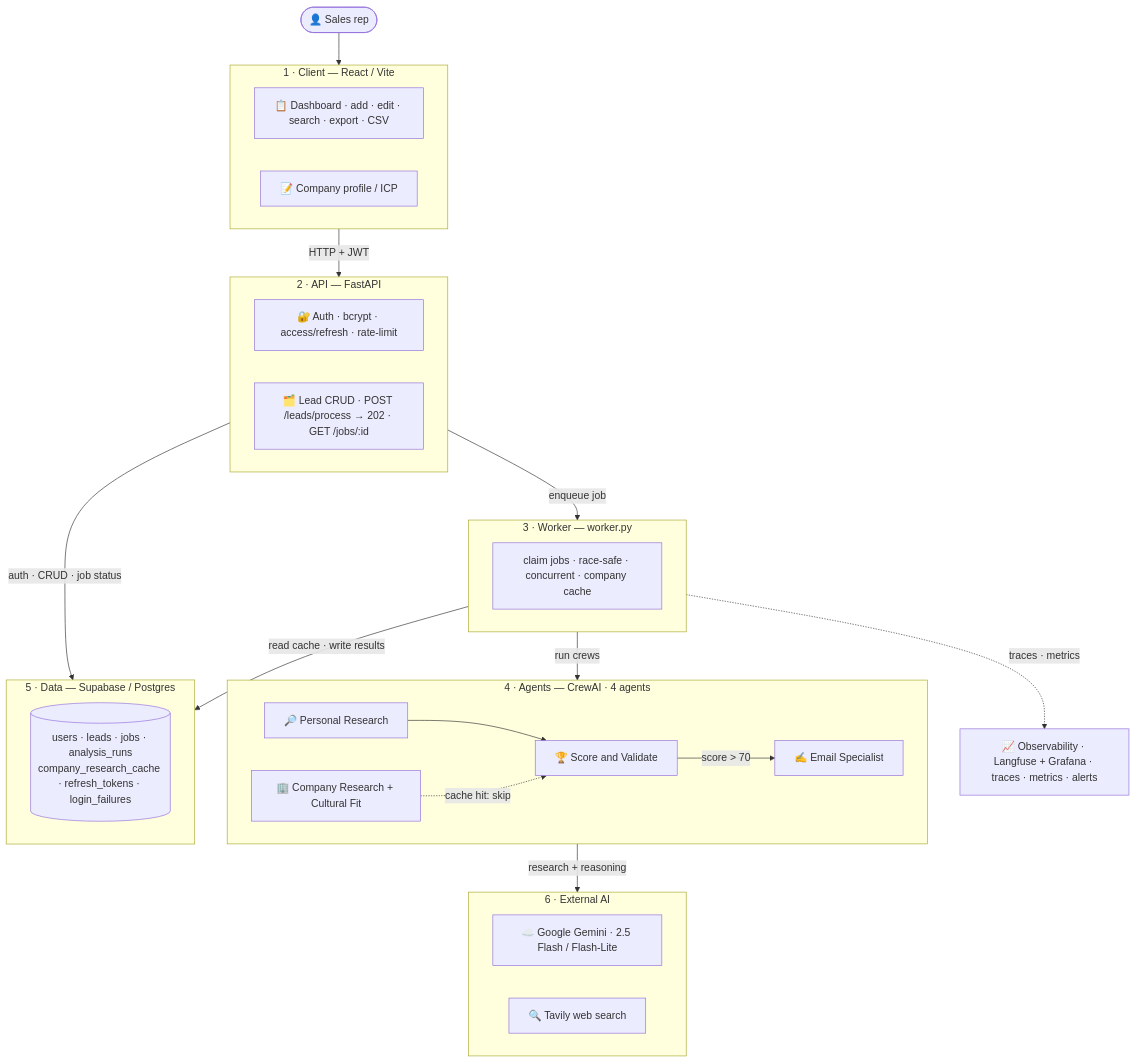
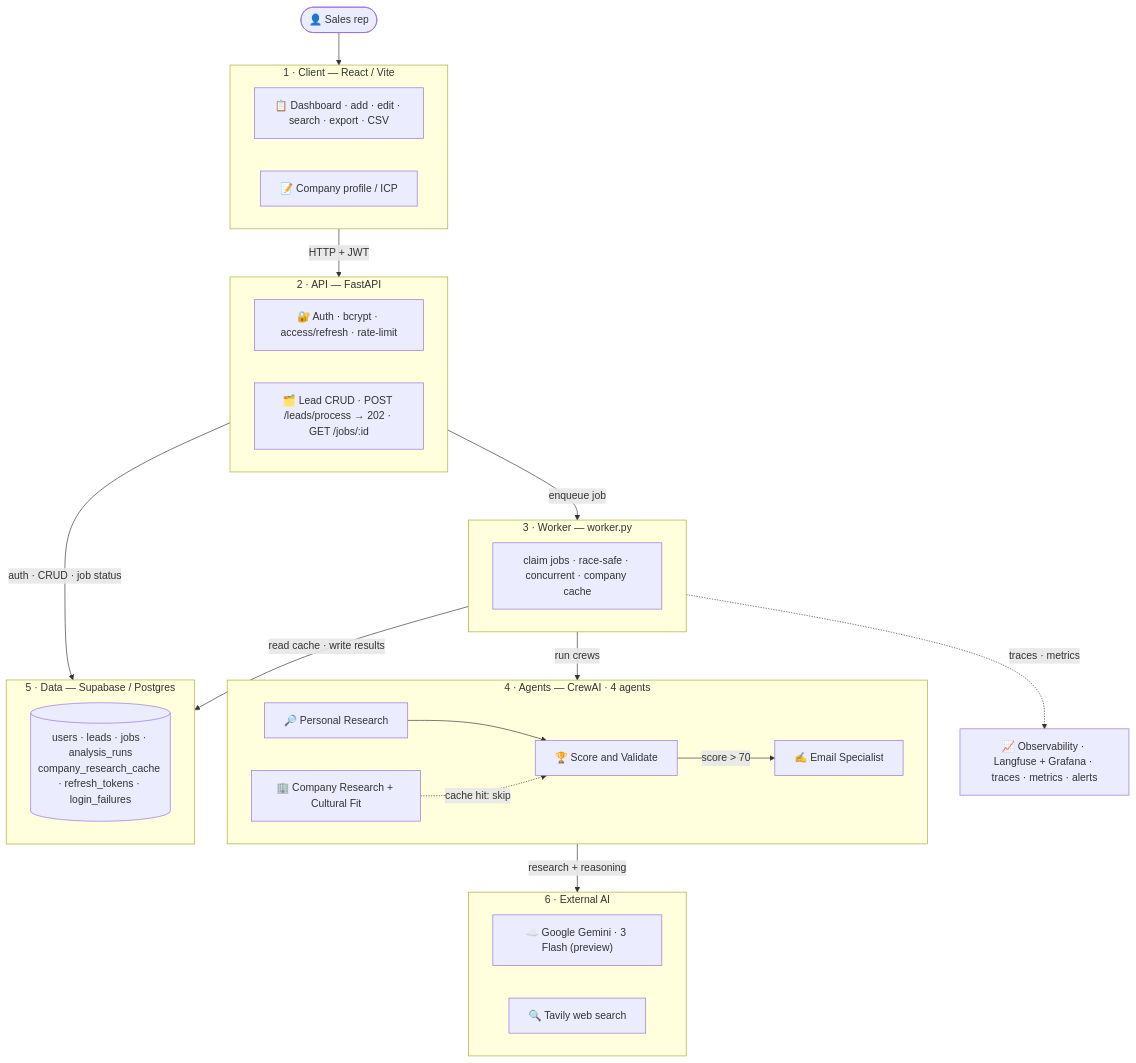
The diagram in README.md (VIVPM/multi-crew-leads-dashboard), drawn with Mermaid before and after one commit. The commit also changed other lines of this file, not shown here.

Commit message:
Update model and email flow documentation and clarify backend errors

````diff
--- a/README.md
+++ b/README.md
@@ -29,44 +29,44 @@
 ```mermaid
 graph TD
     User(["👤 Sales rep"])
 
     subgraph CLIENT ["1 · Client — React / Vite"]
         UI["📋 Dashboard · add · edit · search · export · CSV"]
         ICP["📝 Company profile / ICP"]
     end
 
     subgraph APP ["2 · API — FastAPI"]
         Auth["🔐 Auth · bcrypt · access/refresh · rate-limit"]
         REST["🗂️ Lead CRUD · POST /leads/process → 202 · GET /jobs/:id"]
     end
 
     subgraph CTRL ["3 · Worker — worker.py"]
         Claim["claim jobs · race-safe · concurrent · company cache"]
     end
 
     subgraph AI ["4 · Agents — CrewAI · 4 agents"]
         A1["🔎 Personal Research"] --> A3["🏆 Score and Validate"]
         A2["🏢 Company Research + Cultural Fit"] -.->|cache hit: skip| A3
         A3 -->|score > 70| E1["✍️ Email Specialist"]
     end
 
     subgraph DATA ["5 · Data — Supabase / Postgres"]
         Tbls[("users · leads · jobs · analysis_runs\ncompany_research_cache · refresh_tokens · login_failures")]
     end
 
     subgraph EXT ["6 · External AI"]
-        LLM["☁️ Google Gemini · 2.5 Flash / Flash-Lite"]
+        LLM["☁️ Google Gemini · 3 Flash (preview)"]
         Tavily["🔍 Tavily web search"]
     end
 
     OBS["📈 Observability · Langfuse + Grafana · traces · metrics · alerts"]
 
     User --> CLIENT
     CLIENT -->|HTTP + JWT| APP
     APP -->|auth · CRUD · job status| DATA
     APP -->|enqueue job| CTRL
     CTRL -->|run crews| AI
     AI -->|research + reasoning| EXT
     CTRL -->|read cache · write results| DATA
     CTRL -.->|traces · metrics| OBS
 ```
````
